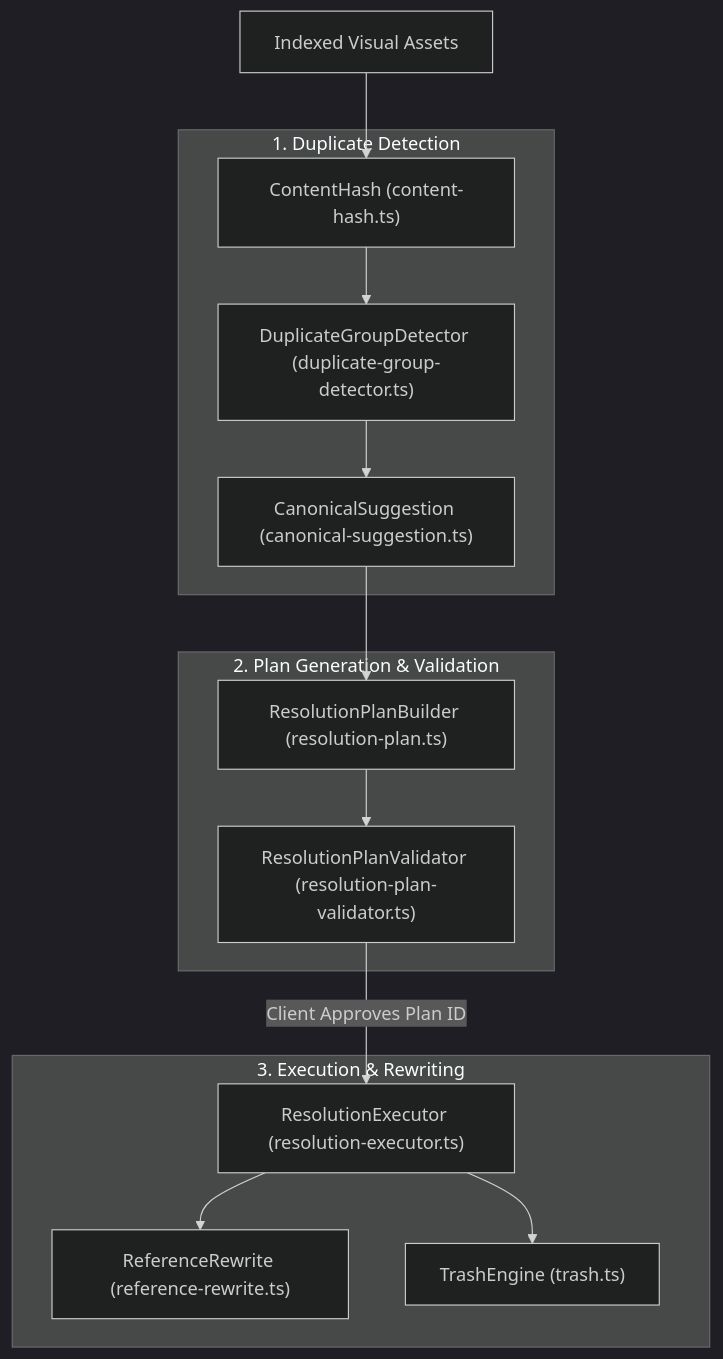
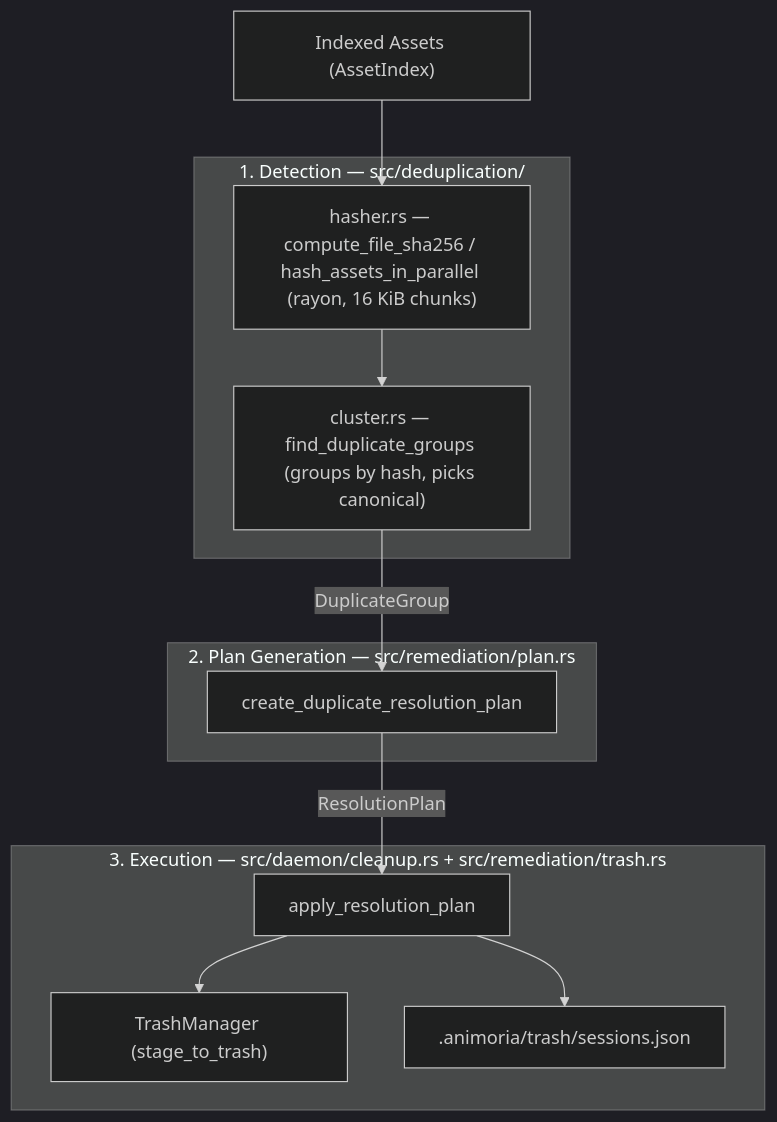
The diagram in docs/guides/07-duplicates-resolution.md (sxnnyside-project/animoria), drawn with Mermaid (dark theme) before and after one commit. The commit also changed other lines of this file and 466 other files, not shown here.

````diff
--- a/docs/guides/07-duplicates-resolution.md
+++ b/docs/guides/07-duplicates-resolution.md
@@ -16,30 +19,26 @@
 ```mermaid
 graph TD
-    WorkspaceAssets["Indexed Visual Assets"]
-    
-    subgraph DetectionPhase["1. Duplicate Detection"]
-        HashEngine["ContentHash (content-hash.ts)"]
-        Detector["DuplicateGroupDetector (duplicate-group-detector.ts)"]
-        CanonicalSuggest["CanonicalSuggestion (canonical-suggestion.ts)"]
-    end
-    
-    subgraph PlanPhase["2. Plan Generation & Validation"]
-        PlanBuilder["ResolutionPlanBuilder (resolution-plan.ts)"]
-        PlanValidator["ResolutionPlanValidator (resolution-plan-validator.ts)"]
+    Assets["Indexed Assets (AssetIndex)"]
+
+    subgraph Detection["1. Detection — src/deduplication/"]
+        Hasher["hasher.rs — compute_file_sha256 / hash_assets_in_parallel (rayon, 16 KiB chunks)"]
+        Cluster["cluster.rs — find_duplicate_groups (groups by hash, picks canonical)"]
     end
 
-    subgraph ExecutionPhase["3. Execution & Rewriting"]
-        Executor["ResolutionExecutor (resolution-executor.ts)"]
-        RefRewriter["ReferenceRewrite (reference-rewrite.ts)"]
-        TrashSubsystem["TrashEngine (trash.ts)"]
+    subgraph Planning["2. Plan Generation — src/remediation/plan.rs"]
+        PlanBuilder["create_duplicate_resolution_plan"]
     end
 
-    WorkspaceAssets --> HashEngine
-    HashEngine --> Detector
-    Detector --> CanonicalSuggest
-    CanonicalSuggest --> PlanBuilder
-    PlanBuilder --> PlanValidator
-    PlanValidator -->|Client Approves Plan ID| Executor
-    Executor --> RefRewriter
-    Executor --> TrashSubsystem
+    subgraph Execution["3. Execution — src/daemon/cleanup.rs + src/remediation/trash.rs"]
+        ApplyPlan["apply_resolution_plan"]
+        TrashMgr["TrashManager (stage_to_trash)"]
+        SessionJournal[".animoria/trash/sessions.json"]
+    end
+
+    Assets --> Hasher
+    Hasher --> Cluster
+    Cluster -->|DuplicateGroup| PlanBuilder
+    PlanBuilder -->|ResolutionPlan| ApplyPlan
+    ApplyPlan --> TrashMgr
+    ApplyPlan --> SessionJournal
 ```
````
